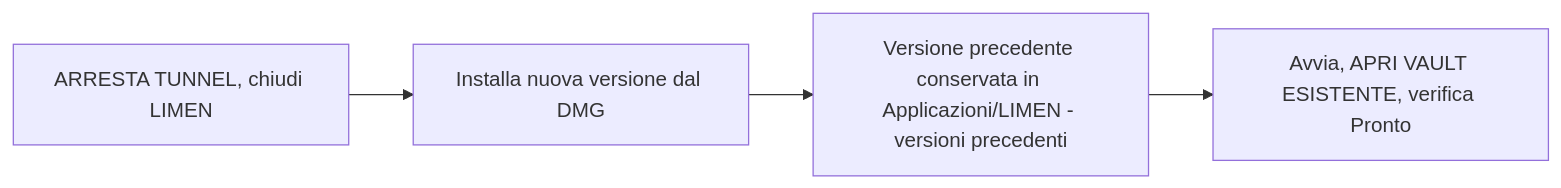
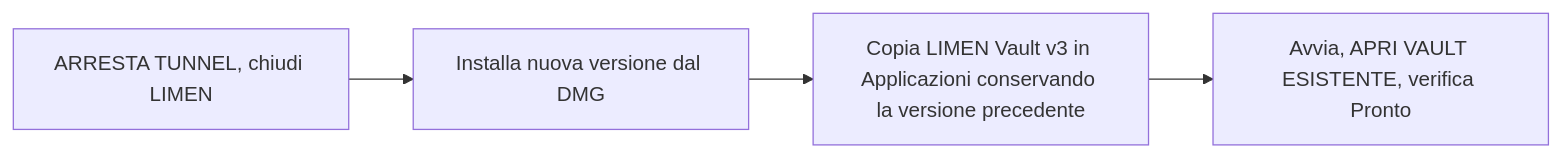
Diagram 17 of 18 in HELP/04_WORKFLOW.md (cesarenegro/vault_memai_obsi), drawn with Mermaid before and after one commit. The commit also changed other lines of this file and 125 other files, not shown here.

````diff
--- a/HELP/04_WORKFLOW.md
+++ b/HELP/04_WORKFLOW.md
@@ -272,6 +277,6 @@
 ```mermaid
 flowchart LR
   A[ARRESTA TUNNEL, chiudi LIMEN] --> B[Installa nuova versione dal DMG]
-  B --> C[Versione precedente conservata in Applicazioni/LIMEN - versioni precedenti]
+  B --> C[Copia LIMEN Vault v3 in Applicazioni conservando la versione precedente]
   C --> D[Avvia, APRI VAULT ESISTENTE, verifica Pronto]
 ```
````
